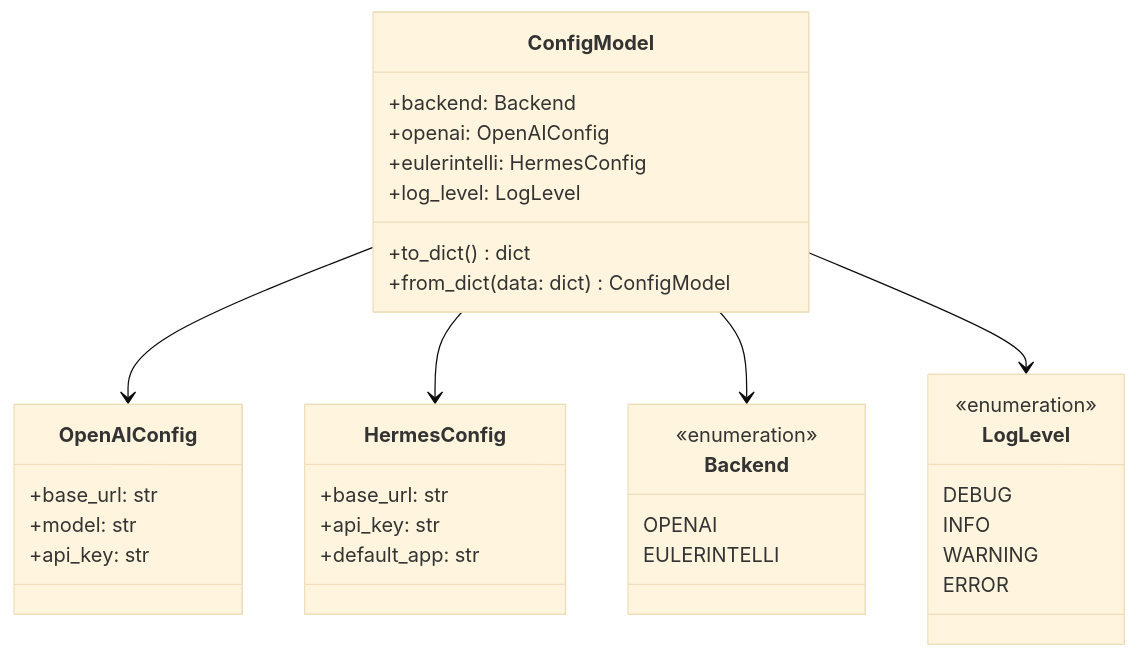
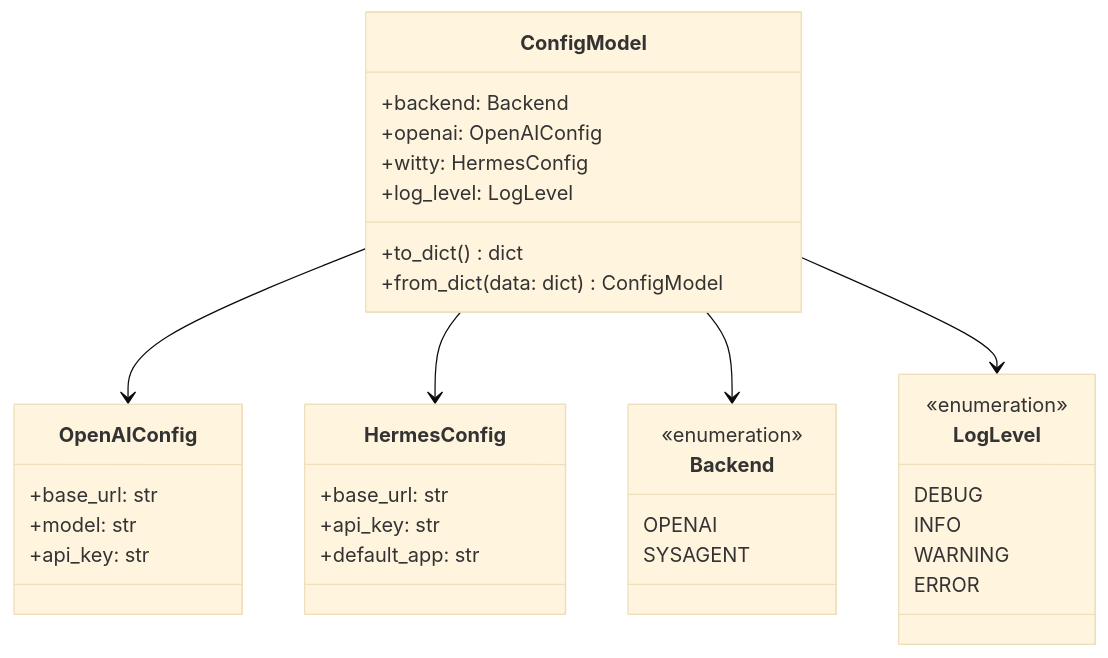
One commit to openeuler-mirror/euler-copilot-shell changed the third of 10 diagrams in docs/development/design/项目整体设计.md. Above: the diagram before and after it, drawn with Mermaid (base theme). The commit also changed other lines of this file and 23 other files, not shown here.

````diff
--- a/docs/development/design/项目整体设计.md
+++ b/docs/development/design/项目整体设计.md
@@ -156,42 +156,42 @@
 ```mermaid
 classDiagram
     class ConfigModel {
         +backend: Backend
         +openai: OpenAIConfig
-        +eulerintelli: HermesConfig
+        +witty: HermesConfig
         +log_level: LogLevel
         +to_dict() dict
         +from_dict(data: dict) ConfigModel
     }
     
     class OpenAIConfig {
         +base_url: str
         +model: str
         +api_key: str
     }
     
     class HermesConfig {
         +base_url: str
         +api_key: str
         +default_app: str
     }
     
     class Backend {
         <<enumeration>>
         OPENAI
-        EULERINTELLI
+        SYSAGENT
     }
     
     class LogLevel {
         <<enumeration>>
         DEBUG
         INFO
         WARNING
         ERROR
     }
     
     ConfigModel --> OpenAIConfig
     ConfigModel --> HermesConfig
     ConfigModel --> Backend
     ConfigModel --> LogLevel
 ```
````
